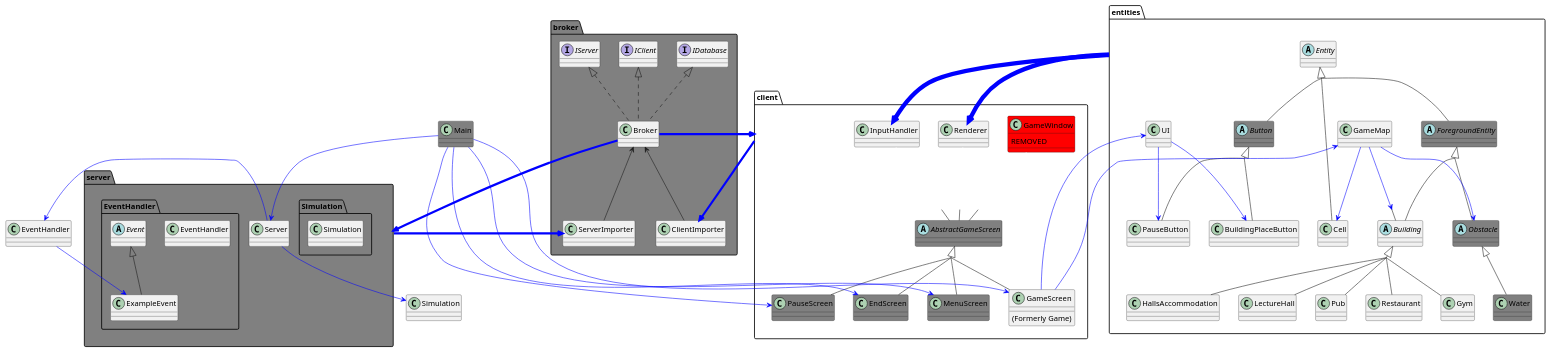
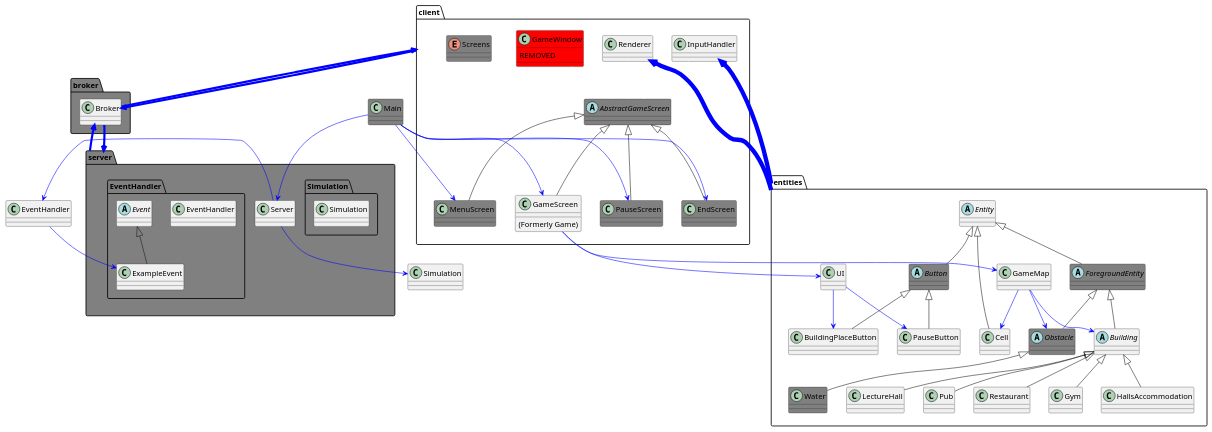
Before and after one commit to GRUMv2/Eng1Ass2Cde: the diagram in CodeDocs/new_arch_v1.puml, drawn with PlantUML.

Commit message:
docs(arch): update architecture UML

```diff
--- a/CodeDocs/new_arch_v1.puml
+++ b/CodeDocs/new_arch_v1.puml
@@ -1,90 +1,83 @@
 @startuml
-skinparam groupInheritance 2
+/'skinparam groupInheritance 2'/
 
 package client {
     class Renderer
     class InputHandler
     class GameWindow #red {
         REMOVED
     }
+    enum Screens #grey
     abstract class AbstractGameScreen #grey
     class MenuScreen #grey extends AbstractGameScreen
     class GameScreen extends AbstractGameScreen {
         (Formerly Game)
     }
     class PauseScreen #grey extends AbstractGameScreen
     class EndScreen #grey extends AbstractGameScreen
 }
 
 class Main #grey
 
 package entities {
     class GameMap
     class UI
     abstract class Entity
     abstract class ForegroundEntity #grey extends Entity
     class Cell extends Entity
     abstract class Obstacle #grey extends ForegroundEntity
     class Water #grey extends Obstacle
     abstract class Button #grey extends Entity
     class BuildingPlaceButton extends Button
     class PauseButton extends Button
     abstract class Building extends ForegroundEntity
     class Gym extends Building
     class HallsAccommodation extends Building
     class LectureHall extends Building
     class Pub extends Building
     class Restaurant extends Building
 }
 
 package broker #grey {
-    interface IClient
-    interface IServer
-    interface IDatabase
-    class Broker implements IClient, IServer, IDatabase
-    class ClientImporter
-    class ServerImporter
+    class Broker
 }
 
 package server #grey {
     class Server
     package Simulation #grey {
         class Simulation
     }
     package EventHandler #grey {
         class EventHandler
         abstract class Event
         class ExampleEvent extends Event
     }
 }
 
 
 GameWindow-down[#white]-AbstractGameScreen
 Renderer-down[#white]-AbstractGameScreen
 InputHandler-down[#white]-AbstractGameScreen
 
 GameScreen --[#blue]> GameMap
 GameScreen --[#blue]> UI
-client --[#blue,thickness=4]> ClientImporter
+client --[#blue,thickness=4]> Broker
 Main --[#blue]> Server
 Main --[#blue]> GameScreen
 Main --[#blue]> MenuScreen
 Main --[#blue]> PauseScreen
 Main --[#blue]> EndScreen
 Broker --[#blue,thickness=4]> server
 Broker --[#blue,thickness=4]> client
 entities --[#blue,thickness=8]> InputHandler
 entities --[#blue,thickness=8]> Renderer
 GameMap --[#blue]> Cell
 GameMap --[#blue]> Building
 GameMap --[#blue]> Obstacle
 UI --[#blue]> BuildingPlaceButton
 UI --[#blue]> PauseButton
-server --[#blue,thickness=4]> ServerImporter
+server --[#blue,thickness=4]> Broker
 Server --[#blue]> Simulation
 Server --[#blue]> EventHandler
 EventHandler --[#blue]> ExampleEvent
-
-ClientImporter -up-> Broker
-ServerImporter -up-> Broker
 @enduml
```
